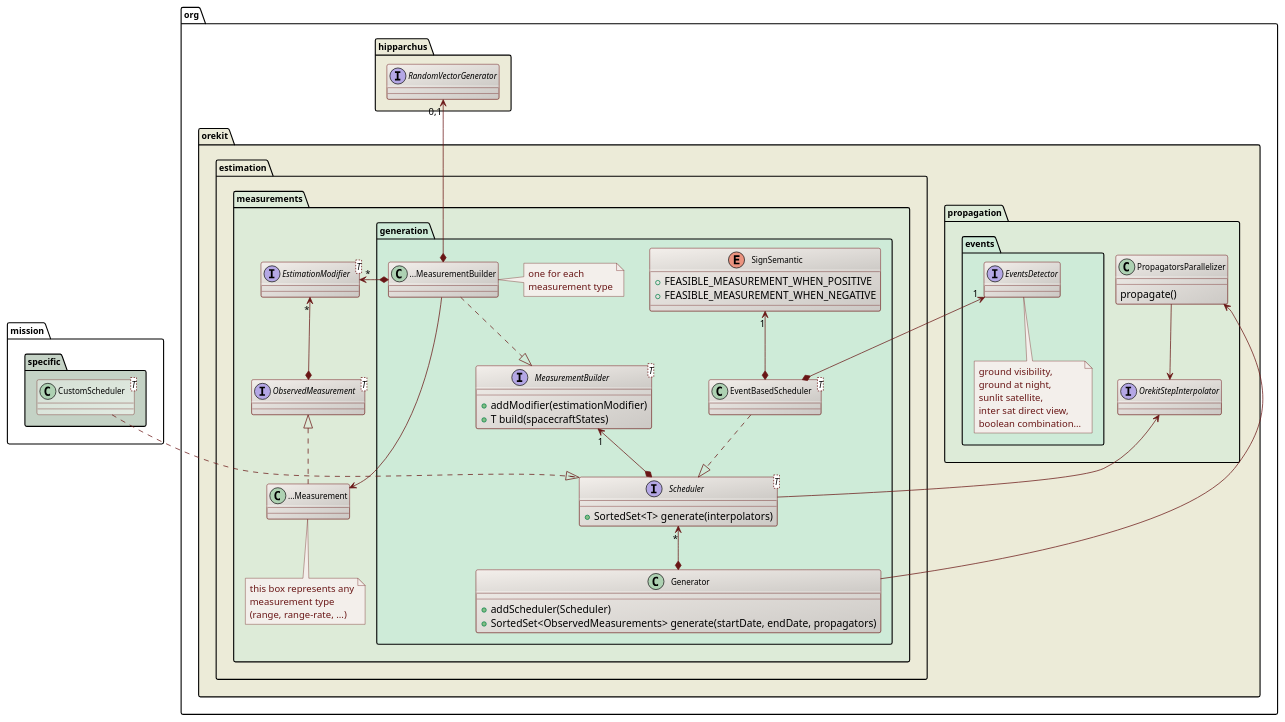
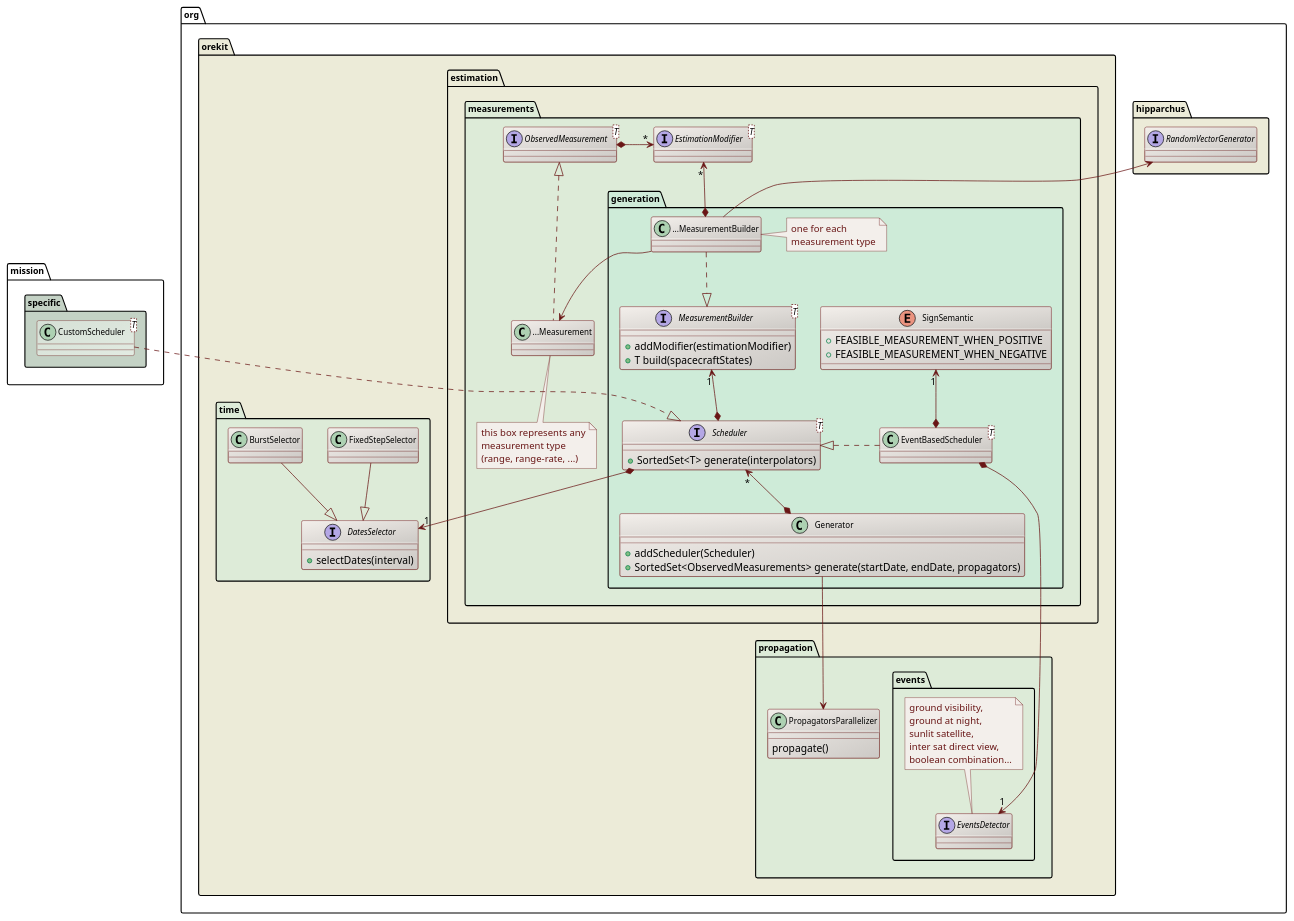
One commit to CS-SI/Orekit changed the diagram in src/design/measurements-generation-class-diagram.puml. Above: the diagram before and after it, drawn with PlantUML. The commit also changed 5 other files, not shown here.

Commit message:
Added DatesSelector for managing continuous streams or bursts of dates.

```diff
--- a/src/design/measurements-generation-class-diagram.puml
+++ b/src/design/measurements-generation-class-diagram.puml
@@ -17,105 +17,114 @@
 @startuml
 
   skinparam svek                  true
   skinparam ClassBackgroundColor  #F3EFEB/CCC9C5
   skinparam ClassArrowColor       #691616
   skinparam ClassBorderColor      #691616
   skinparam NoteBackgroundColor   #F3EFEB
   skinparam NoteBorderColor       #691616
   skinparam NoteFontColor         #691616
   skinparam ClassFontSize         11
   skinparam PackageFontSize       12
 
   package org.hipparchus #ECEBD8 {
       interface RandomVectorGenerator
   }
 
   package org.orekit #ECEBD8 {
 
+    package propagation.events #DDEBD8 {
+      interface EventsDetector
+      note top
+        ground visibility,
+        ground at night,
+        sunlit satellite,
+        inter sat direct view,
+        boolean combination...
+      end note
+    }
     package estimation.measurements #DDEBD8 {
 
       package generation #CEEBD8 {
 
         interface "MeasurementBuilder<T>" as MeasurementBuilder_T_ {
           +addModifier(estimationModifier)
           +T build(spacecraftStates)
          }
 
         class "...MeasurementBuilder" as XXXMeasurementBuilder
         note right
           one for each
           measurement type
         end note
 
         class Generator {
           +addScheduler(Scheduler)
           +SortedSet<ObservedMeasurements> generate(startDate, endDate, propagators)
         }
 
         enum SignSemantic {
           +FEASIBLE_MEASUREMENT_WHEN_POSITIVE
           +FEASIBLE_MEASUREMENT_WHEN_NEGATIVE
         }
         class "EventBasedScheduler<T>" as EventBasedScheduler_T_
 
         interface "Scheduler<T>" as Scheduler_T_ {
           +SortedSet<T> generate(interpolators)
         }
 
-
         XXXMeasurementBuilder       ..|>          MeasurementBuilder_T_
+        MeasurementBuilder_T_ "1" <--* Scheduler_T_
+        XXXMeasurementBuilder -up-> RandomVectorGenerator
+        SignSemantic "1" <--* EventBasedScheduler_T_
+        Scheduler_T_ <|.left. EventBasedScheduler_T_
         Scheduler_T_ "*" <--* Generator
-        MeasurementBuilder_T_ "1" <--* Scheduler_T_
-        XXXMeasurementBuilder       *-up-> "0,1"    RandomVectorGenerator
-        SignSemantic "1" <--* EventBasedScheduler_T_
-        EventBasedScheduler_T_ ..|> Scheduler_T_
   
+        EventBasedScheduler_T_ *-right-> "1" EventsDetector
       }
 
       interface "EstimationModifier<T>" as EstimationModifier_T_
       interface "ObservedMeasurement<T>" as ObservedMeasurement_T_
       class "...Measurement" as XXXMeasurement
       note bottom
         this box represents any
         measurement type
         (range, range-rate, ...)
       end note
 
  
-      EstimationModifier_T_  "*" <--*          ObservedMeasurement_T_ 
+      EstimationModifier_T_  "*" <-left-*          ObservedMeasurement_T_ 
       ObservedMeasurement_T_     <|..          XXXMeasurement
       XXXMeasurementBuilder       -->          XXXMeasurement
-      XXXMeasurementBuilder     *-right->  "*" EstimationModifier_T_ 
+      EstimationModifier_T_ "*" <--* XXXMeasurementBuilder 
 
     }
 
 
     package propagation #DDEBD8 {
-      package events #CEEBD8 {
-        interface EventsDetector
-        note bottom
-          ground visibility,
-          ground at night,
-          sunlit satellite,
-          inter sat direct view,
-          boolean combination...
-        end note
-      }
-      EventsDetector "1" <--* EventBasedScheduler_T_
       class PropagatorsParallelizer {
         propagate()
       }
-      interface OrekitStepInterpolator
-      PropagatorsParallelizer --> OrekitStepInterpolator
-      OrekitStepInterpolator <-- Scheduler_T_
-      PropagatorsParallelizer <-- Generator
+      Generator --> PropagatorsParallelizer
+    }
+
+    package time #DDEBD8 {
+        class FixedStepSelector
+        class BurstSelector
+        interface DatesSelector {
+          +selectDates(interval)
+        }
+
+
+        FixedStepSelector --|> DatesSelector
+        BurstSelector --|> DatesSelector
+        Scheduler_T_ *--> "1" DatesSelector
     }
 
   }
 
   package mission.specific #C4D2C5 {
     class "CustomScheduler<T>" as CustomScheduler_T_ #D5E0D5/E2EBE2
     Scheduler_T_ <|.up. CustomScheduler_T_
   }
 
 @enduml
```
